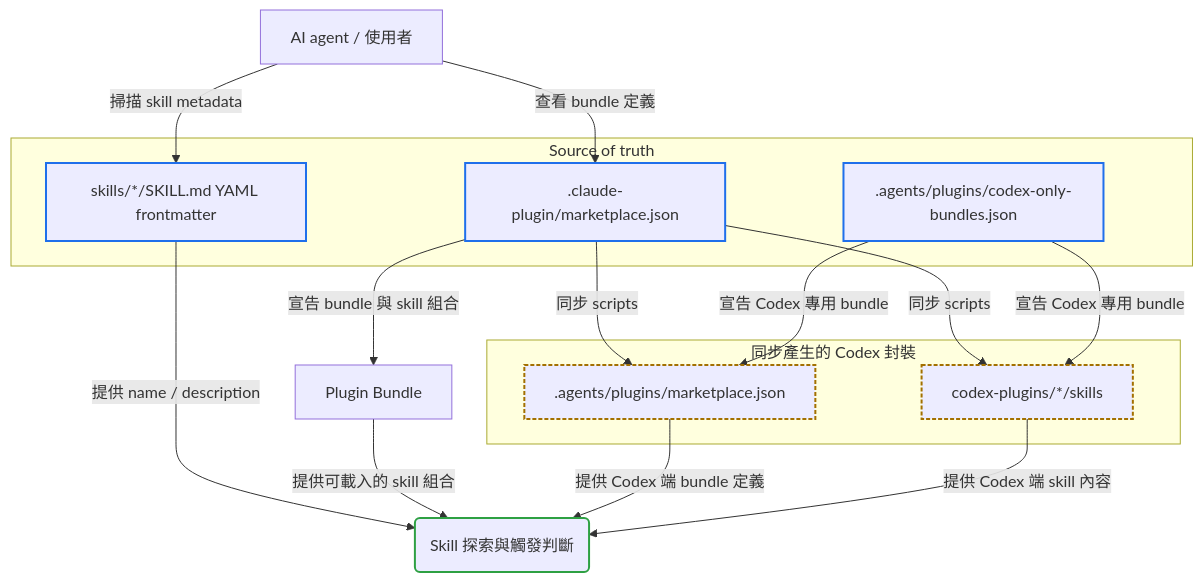
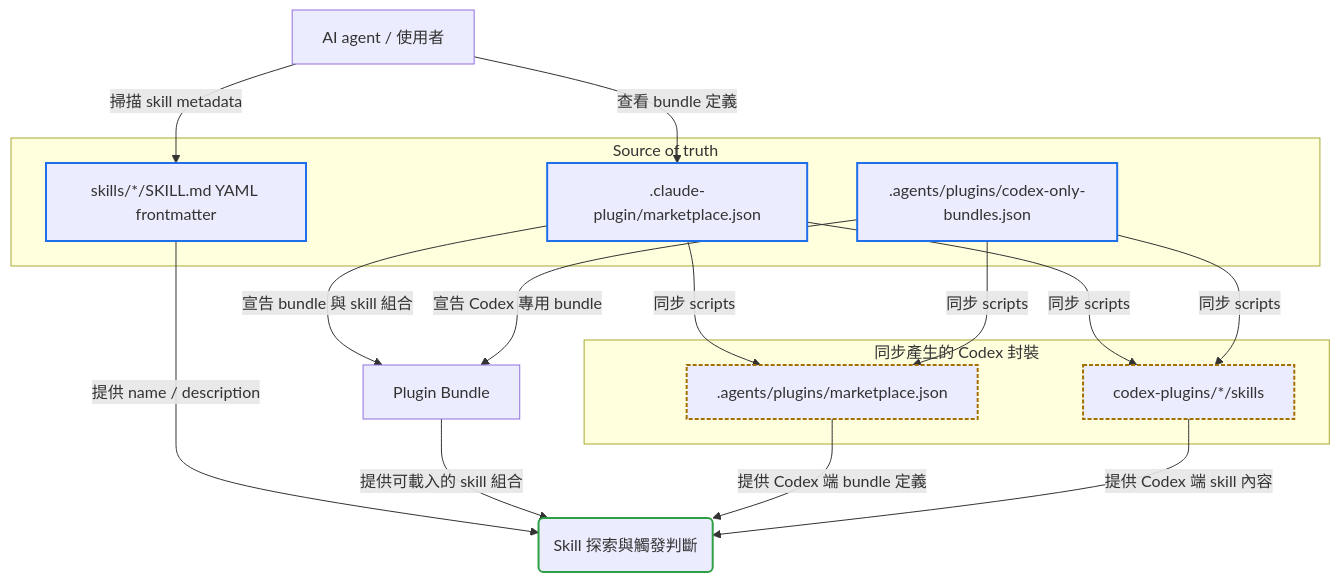
The diagram in README.md (Aery9527/aery-marketplace), drawn with Mermaid before and after one commit. The commit also changed other lines of this file and 3 other files, not shown here.

````diff
--- a/README.md
+++ b/README.md
@@ -21,37 +21,38 @@
 ```mermaid
 flowchart TD
     Agent["AI agent / 使用者"]
     Bundle["Plugin Bundle"]
     Discovery("Skill 探索與觸發判斷")
 
     subgraph Truth["Source of truth"]
         Marketplace[".claude-plugin/marketplace.json"]
         CodexOnly[".agents/plugins/codex-only-bundles.json"]
         Frontmatter["skills/*/SKILL.md YAML frontmatter"]
     end
 
     subgraph Package["同步產生的 Codex 封裝"]
         CodexMarketplace[".agents/plugins/marketplace.json"]
         CodexPackages["codex-plugins/*/skills"]
     end
 
     Agent -->|查看 bundle 定義| Marketplace
     Agent -->|掃描 skill metadata| Frontmatter
     Marketplace -->|宣告 bundle 與 skill 組合| Bundle
     Marketplace -->|同步 scripts| CodexMarketplace
     Marketplace -->|同步 scripts| CodexPackages
-    CodexOnly -->|宣告 Codex 專用 bundle| CodexMarketplace
-    CodexOnly -->|宣告 Codex 專用 bundle| CodexPackages
+    CodexOnly -->|宣告 Codex 專用 bundle| Bundle
+    CodexOnly -->|同步 scripts| CodexMarketplace
+    CodexOnly -->|同步 scripts| CodexPackages
     Frontmatter -->|提供 name / description| Discovery
     Bundle -->|提供可載入的 skill 組合| Discovery
     CodexMarketplace -->|提供 Codex 端 bundle 定義| Discovery
     CodexPackages -->|提供 Codex 端 skill 內容| Discovery
 
     classDef source stroke:#1f6feb,stroke-width:2px
     classDef synced stroke:#a37000,stroke-width:2px,stroke-dasharray:4 2
     classDef output stroke:#2ea043,stroke-width:2px
 
     class Marketplace,CodexOnly,Frontmatter source
     class CodexMarketplace,CodexPackages synced
     class Discovery output
 ```
````
